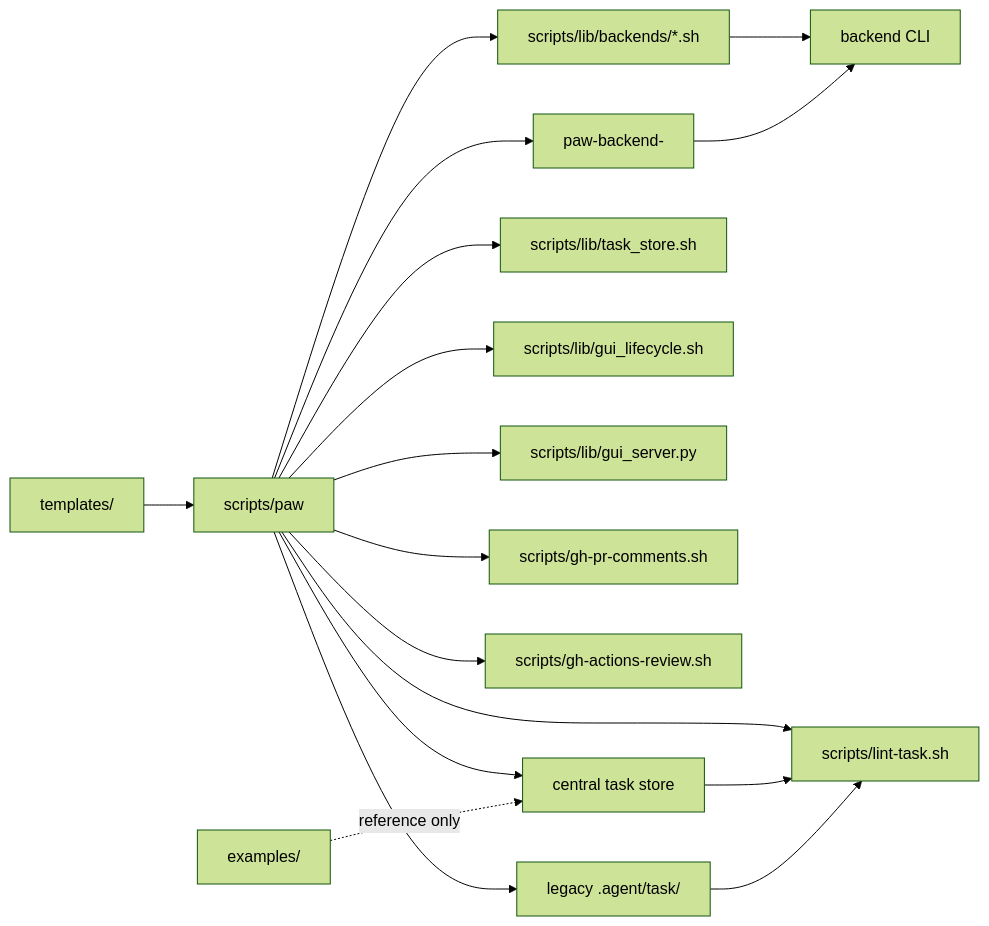
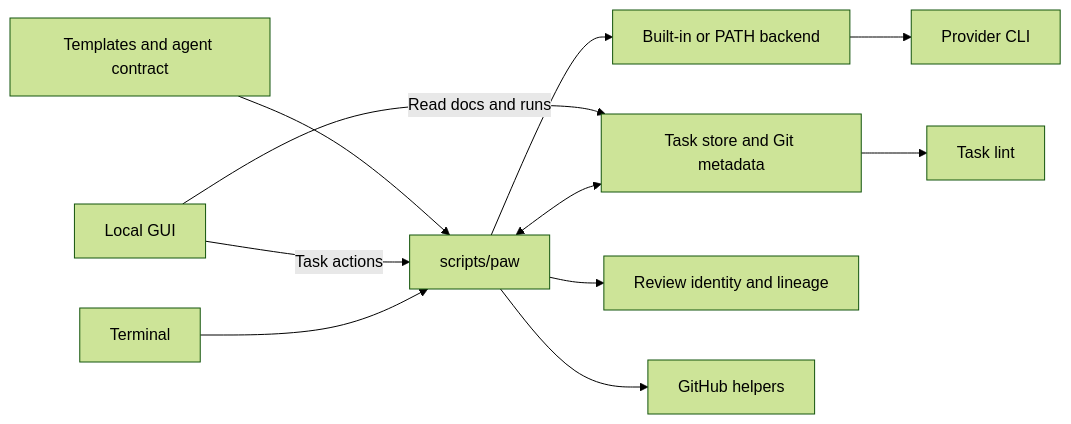
The diagram in examples/docs/architecture.md (levi-blodgett/personal-agentic-workflow), drawn with Mermaid (forest theme) before and after one commit. The commit also changed other lines of this file and 17 other files, not shown here.

````diff
--- a/examples/docs/architecture.md
+++ b/examples/docs/architecture.md
@@ -24,19 +5,13 @@
 ```mermaid
 flowchart LR
-    CLI[scripts/paw] --> BE[scripts/lib/backends/*.sh]
-    CLI --> PL[paw-backend-<name>]
-    CLI --> TL[scripts/lint-task.sh]
-    CLI --> TS[scripts/lib/task_store.sh]
-    CLI --> GL[scripts/lib/gui_lifecycle.sh]
-    CLI --> GUI[scripts/lib/gui_server.py]
-    CLI --> GH[scripts/gh-pr-comments.sh]
-    CLI --> GHA[scripts/gh-actions-review.sh]
-    CLI --> TD[central task store]
-    CLI --> LA[legacy .agent/task/]
-    BE --> EXT[backend CLI]
-    PL --> EXT
-    TD --> TL
-    LA --> TL
-    TM[templates/] --> CLI
-    EX[examples/] -. reference only .-> TD
+    U[Terminal] --> P[scripts/paw]
+    G[Local GUI] -->|Task actions| P
+    P --> B[Built-in or PATH backend]
+    B --> M[Provider CLI]
+    T[Templates and agent contract] --> P
+    P <--> S[Task store and Git metadata]
+    G -->|Read docs and runs| S
+    P --> R[Review identity and lineage]
+    P --> H[GitHub helpers]
+    S --> L[Task lint]
 ```
````
